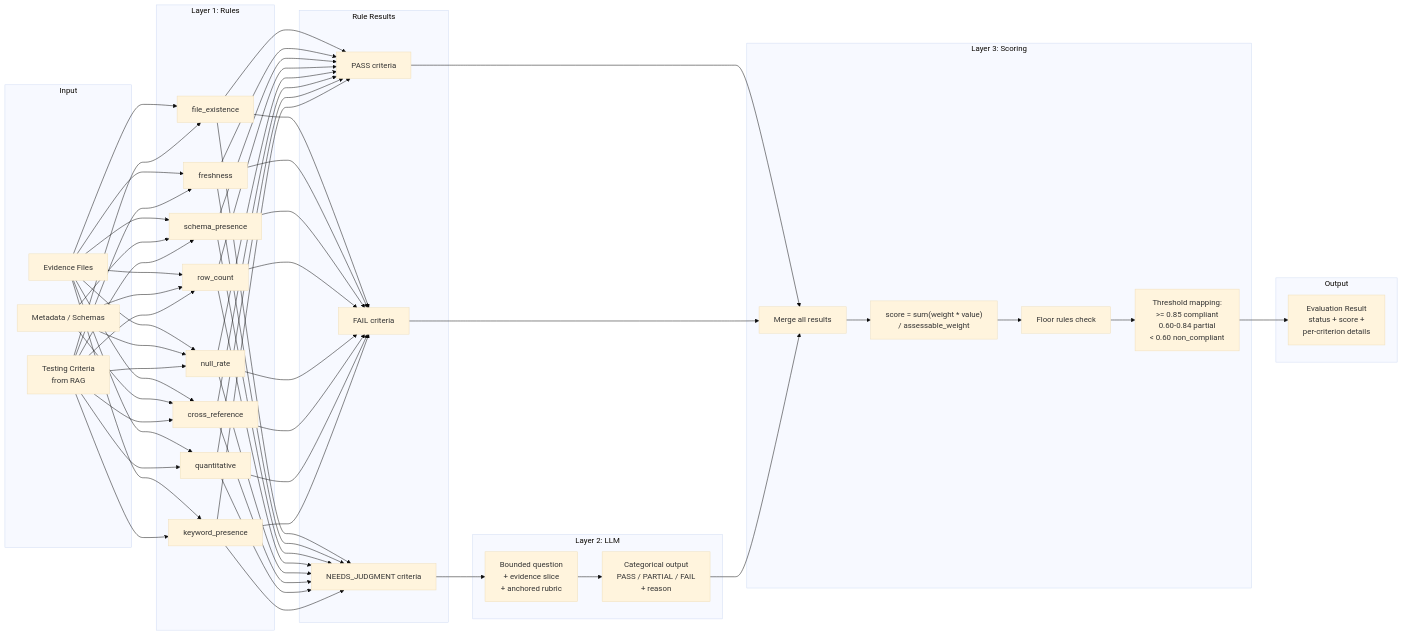
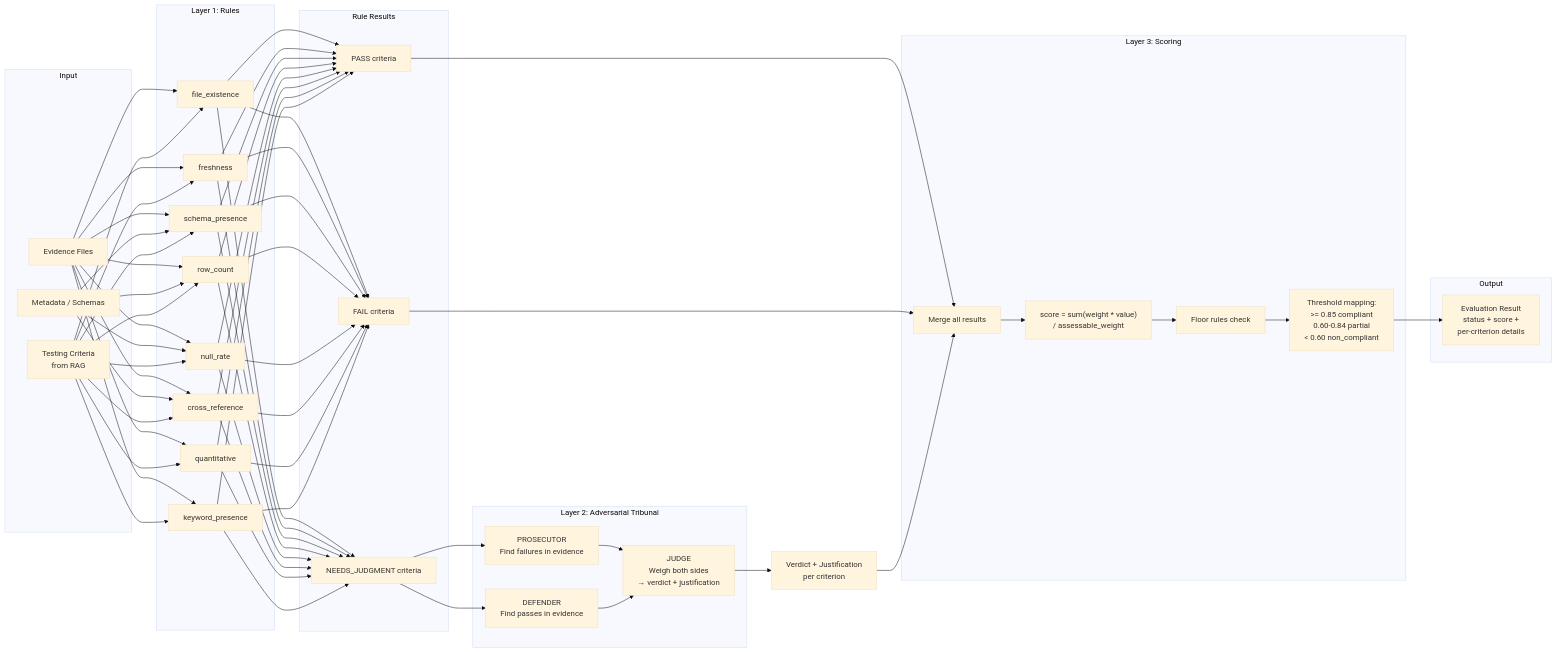
The sixth of 12 diagrams in agent-eval/DESIGN.md (indukuk/onpremai), drawn with Mermaid (base theme) before and after one commit. The commit also changed other lines of this file and 3 other files, not shown here.

First line of the commit message:
Add adversarial tribunal evaluation, policy graph RAG pipeline, and deployment architecture

````diff
--- a/agent-eval/DESIGN.md
+++ b/agent-eval/DESIGN.md
@@ -326,55 +375,58 @@
 ```mermaid
 flowchart LR
     subgraph Input
         EV[Evidence Files]
         META[Metadata / Schemas]
         TC[Testing Criteria<br/>from RAG]
     end
 
     subgraph Layer1["Layer 1: Rules"]
         R1[file_existence]
         R2[freshness]
         R3[schema_presence]
         R4[row_count]
         R5[null_rate]
         R6[cross_reference]
         R7[quantitative]
         R8[keyword_presence]
     end
 
     subgraph RuleResults["Rule Results"]
         RP[PASS criteria]
         RF[FAIL criteria]
         RNJ[NEEDS_JUDGMENT criteria]
     end
 
-    subgraph Layer2["Layer 2: LLM"]
-        LLM_Q[Bounded question<br/>+ evidence slice<br/>+ anchored rubric]
-        LLM_R[Categorical output<br/>PASS / PARTIAL / FAIL<br/>+ reason]
+    subgraph Layer2["Layer 2: Adversarial Tribunal"]
+        LLM_PROS[PROSECUTOR<br/>Find failures in evidence]
+        LLM_DEF[DEFENDER<br/>Find passes in evidence]
+        LLM_JUDGE[JUDGE<br/>Weigh both sides<br/>→ verdict + justification]
+        LLM_PROS --> LLM_JUDGE
+        LLM_DEF --> LLM_JUDGE
     end
 
     subgraph Layer3["Layer 3: Scoring"]
         MERGE[Merge all results]
         CALC["score = sum(weight * value)<br/>/ assessable_weight"]
         FLOORS[Floor rules check]
         MAP["Threshold mapping:<br/>>= 0.85 compliant<br/>0.60-0.84 partial<br/>< 0.60 non_compliant"]
     end
 
     subgraph Output
         RESULT[Evaluation Result<br/>status + score +<br/>per-criterion details]
     end
 
     EV --> R1 & R2 & R3 & R4 & R5 & R6 & R7 & R8
     META --> R3 & R4 & R5 & R6
     TC --> R1 & R2 & R3 & R4 & R5 & R6 & R7 & R8
 
     R1 & R2 & R3 & R4 & R5 & R6 & R7 & R8 --> RP & RF & RNJ
 
-    RNJ --> LLM_Q
-    LLM_Q --> LLM_R
+    RNJ --> LLM_PROS & LLM_DEF
+    LLM_JUDGE --> RESULT_L2[Verdict + Justification<br/>per criterion]
 
     RP --> MERGE
     RF --> MERGE
-    LLM_R --> MERGE
+    RESULT_L2 --> MERGE
     MERGE --> CALC --> FLOORS --> MAP --> RESULT
 ```
````
